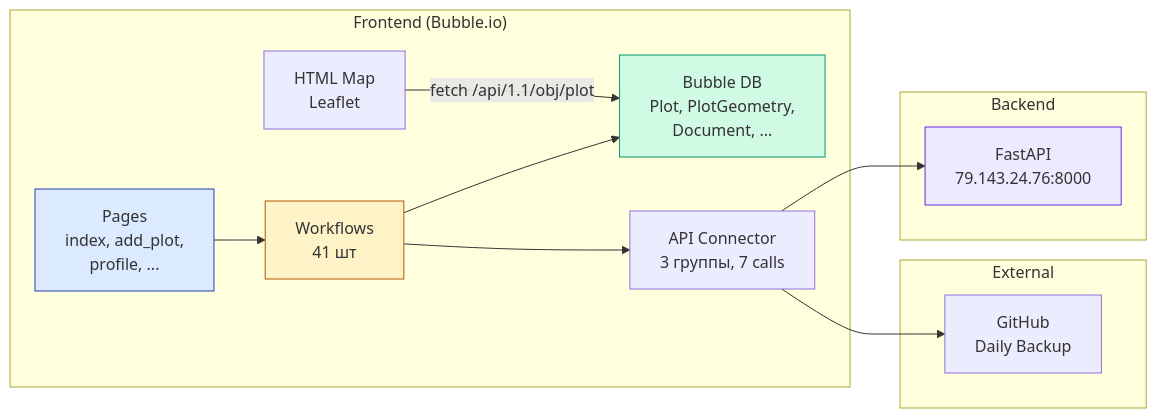
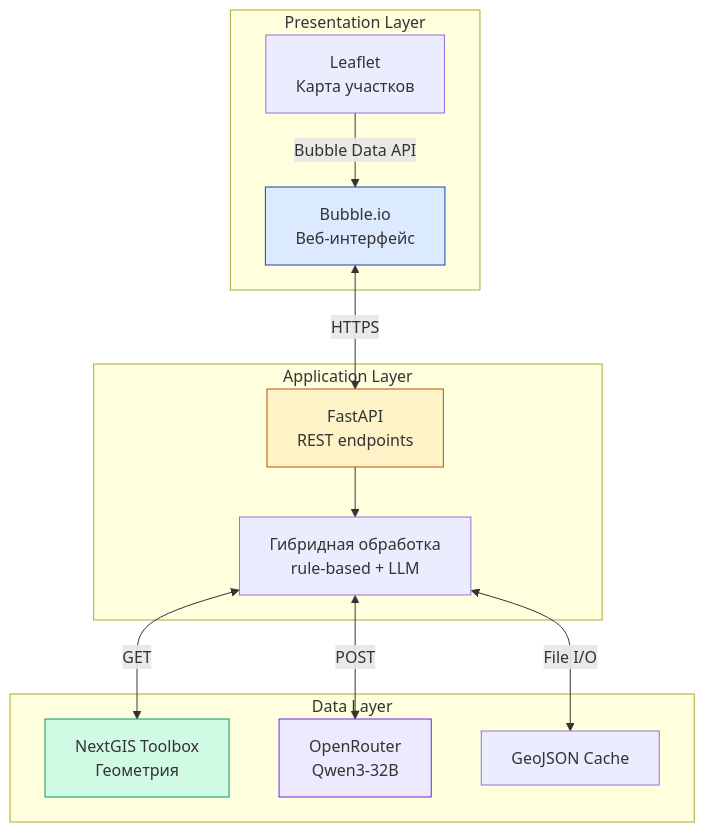
Before and after one commit to AleksandrVNikolaev/plotfinder: the diagram in README.md, drawn with Mermaid. The commit also changed other lines of this file, not shown here.

````diff
--- a/README.md
+++ b/README.md
@@ -57,30 +67,30 @@
 ```mermaid
-flowchart LR
-    subgraph "Frontend (Bubble.io)"
-        Pages[Pages<br/>index, add_plot,<br/>profile, ...]
-        WF[Workflows<br/>41 шт]
-        DB[Bubble DB<br/>Plot, PlotGeometry,<br/>Document, ...]
-        AC[API Connector<br/>3 группы, 7 calls]
-        Map[HTML Map<br/>Leaflet]
+graph TB
+    subgraph "Presentation Layer"
+        UI["Bubble.io<br/>Веб-интерфейс"]
+        Map["Leaflet<br/>Карта участков"]
     end
 
-    subgraph "Backend"
-        API[FastAPI<br/>79.143.24.76:8000]
+    subgraph "Application Layer"
+        API["FastAPI<br/>REST endpoints"]
+        Hybrid["Гибридная обработка<br/>rule-based + LLM"]
     end
 
-    subgraph "External"
-        GH[GitHub<br/>Daily Backup]
+    subgraph "Data Layer"
+        Toolbox["NextGIS Toolbox<br/>Геометрия"]
+        OpenRouter["OpenRouter<br/>Qwen3-32B"]
+        Cache["GeoJSON Cache"]
     end
 
-    Pages --> WF
-    WF --> DB
-    WF --> AC
-    AC --> API
-    AC --> GH
-    Map -->|fetch /api/1.1/obj/plot| DB
+    UI <-->|HTTPS| API
+    Map -->|Bubble Data API| UI
+    API --> Hybrid
+    Hybrid <-->|GET| Toolbox
+    Hybrid <-->|POST| OpenRouter
+    Hybrid <-->|File I/O| Cache
 
-    style Pages fill:#DBEAFE,stroke:#1E40AF
-    style WF fill:#FEF3C7,stroke:#B45309
-    style DB fill:#D1FAE5,stroke:#059669
-    style API fill:#EDE9FE,stroke:#6D28D9
+    style UI fill:#DBEAFE,stroke:#1E40AF
+    style API fill:#FEF3C7,stroke:#B45309
+    style Toolbox fill:#D1FAE5,stroke:#059669
+    style OpenRouter fill:#EDE9FE,stroke:#6D28D9
 ```
````
